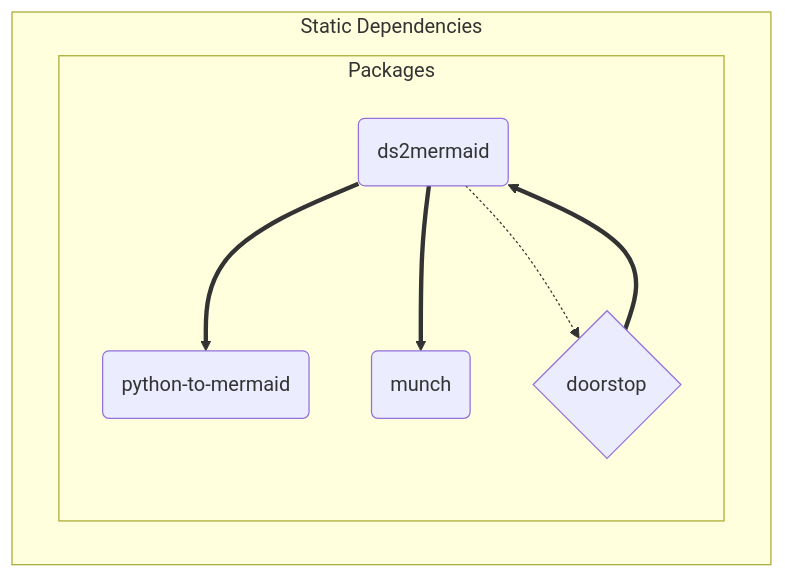
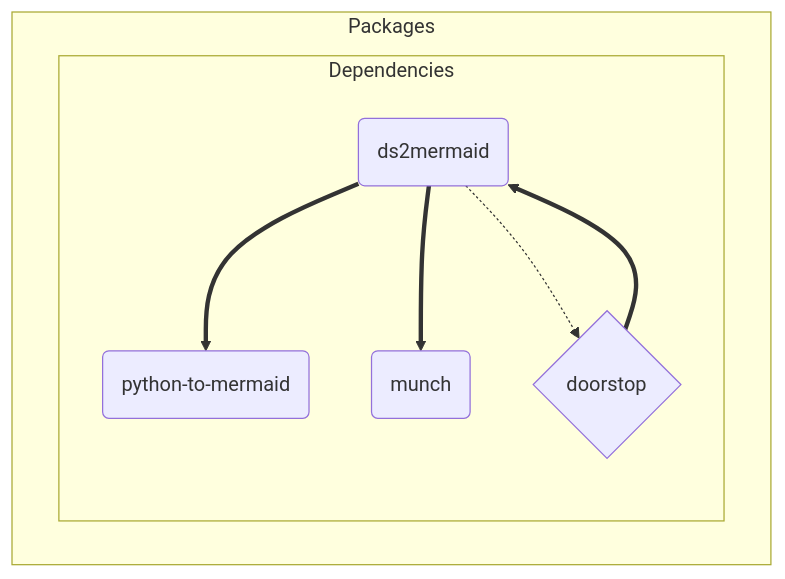
Before and after one commit to sarnold/doorstop-to-mermaid: the diagram in docs/swd/SDD001.md, drawn with Mermaid. The commit also changed other lines of this file and 9 other files, not shown here.

Commit message:
chg: doc: revert graph so we can render it again, cleanup deps and docs

````diff
--- a/docs/swd/SDD001.md
+++ b/docs/swd/SDD001.md
@@ -41,14 +35,14 @@
 ```mermaid
-graph TB
-  subgraph id1[Static Dependencies]
-    subgraph id2[Packages]
-      A(ds2mermaid)
-      B(python-to-mermaid)
-      C(munch)
-      D{doorstop}
+  graph TB
+    subgraph id1[Packages]
+      subgraph id2[Dependencies]
+        A(ds2mermaid)
+        B(python-to-mermaid)
+        C(munch)
+        D{doorstop}
+      end
     end
-  end
-  A ==> B & C
-  D ==> A
-  A -.-> D
+    A ==> B & C
+    D ==> A
+    A -.-> D
 ```
````
